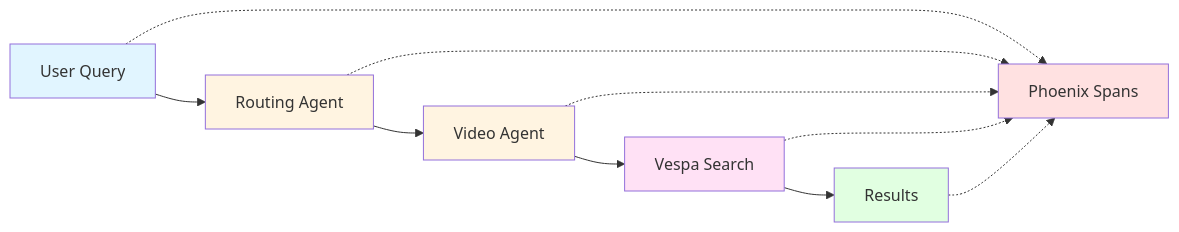
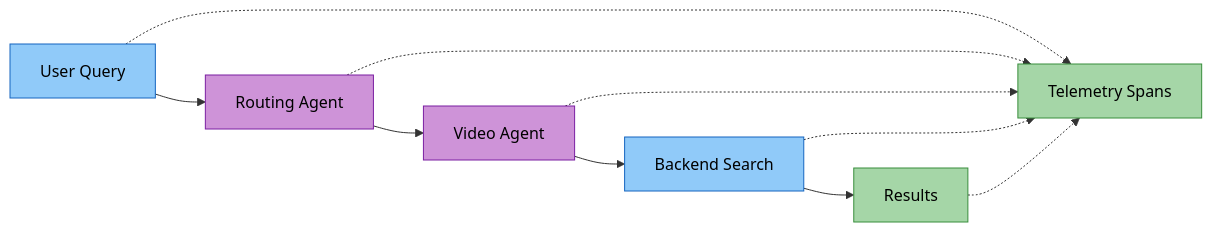
One commit to amit-jain/cogniverse changed the second of 4 diagrams in docs/architecture/integration.md. Above: the diagram before and after it, drawn with Mermaid. The commit also changed other lines of this file and 83 other files, not shown here.

First line of the commit message:
Fix documentation veracity, formatting, and diagrams across all modules

````diff
--- a/docs/architecture/integration.md
+++ b/docs/architecture/integration.md
@@ -184,28 +242,27 @@
 ```mermaid
-graph LR
-    Query[User Query]
-    Routing[Routing Agent]
-    Video[Video Agent]
-    Vespa[Vespa Search]
-    Results[Results]
-
-    Phoenix[Phoenix Spans]
+flowchart LR
+    Query["<span style='color:#000'>User Query</span>"]
+    Routing["<span style='color:#000'>Routing Agent</span>"]
+    Video["<span style='color:#000'>Video Agent</span>"]
+    Vespa["<span style='color:#000'>Backend Search</span>"]
+    Results["<span style='color:#000'>Results</span>"]
+    Telemetry["<span style='color:#000'>Telemetry Spans</span>"]
 
     Query --> Routing
     Routing --> Video
     Video --> Vespa
     Vespa --> Results
 
-    Query -.-> Phoenix
-    Routing -.-> Phoenix
-    Video -.-> Phoenix
-    Vespa -.-> Phoenix
-    Results -.-> Phoenix
+    Query -.-> Telemetry
+    Routing -.-> Telemetry
+    Video -.-> Telemetry
+    Vespa -.-> Telemetry
+    Results -.-> Telemetry
 
-    style Query fill:#e1f5ff
-    style Routing fill:#fff4e1
-    style Video fill:#fff4e1
-    style Vespa fill:#ffe1f5
-    style Results fill:#e1ffe1
-    style Phoenix fill:#ffe1e1
+    style Query fill:#90caf9,stroke:#1565c0,color:#000
+    style Routing fill:#ce93d8,stroke:#7b1fa2,color:#000
+    style Video fill:#ce93d8,stroke:#7b1fa2,color:#000
+    style Vespa fill:#90caf9,stroke:#1565c0,color:#000
+    style Results fill:#a5d6a7,stroke:#388e3c,color:#000
+    style Telemetry fill:#a5d6a7,stroke:#388e3c,color:#000
 ```
````
